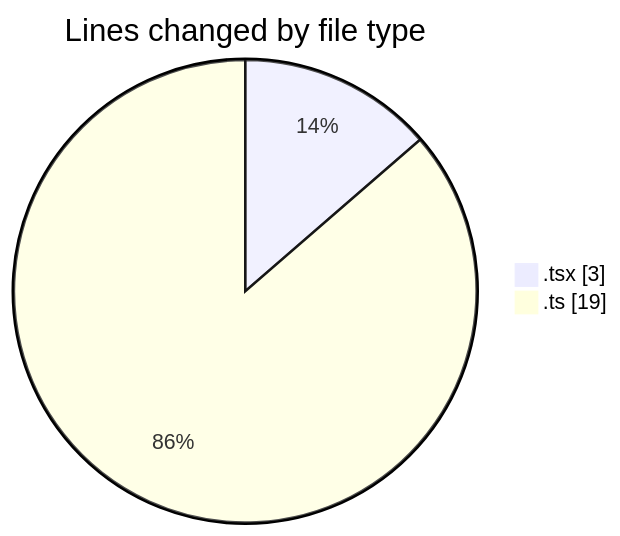
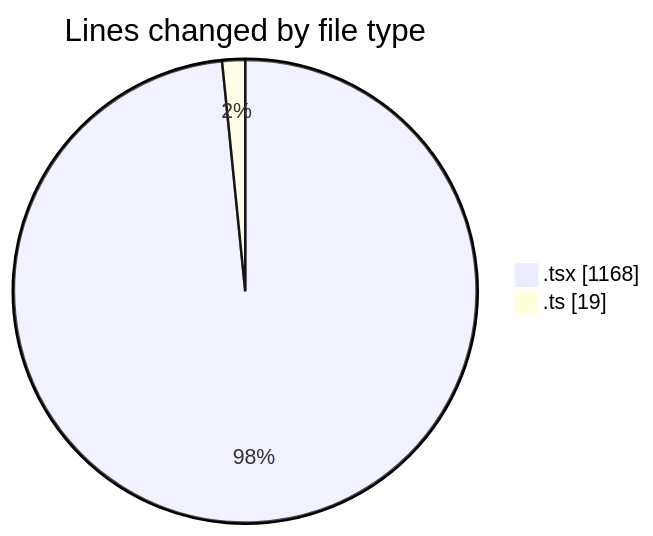
One commit to nxtqubesakshisongat/code-tracking changed the first of 2 diagrams in 2026-05-17/nxtqube_webapp/README.md. Above: the diagram before and after it, drawn with Mermaid. The commit also changed other lines of this file and 1 other file, not shown here.

````diff
--- a/2026-05-17/nxtqube_webapp/README.md
+++ b/2026-05-17/nxtqube_webapp/README.md
@@ -21,6 +21,6 @@
 ```mermaid
 pie showData
 title Lines changed by file type
-".tsx" : 3
+".tsx" : 1168
 ".ts" : 19
 ```
````
